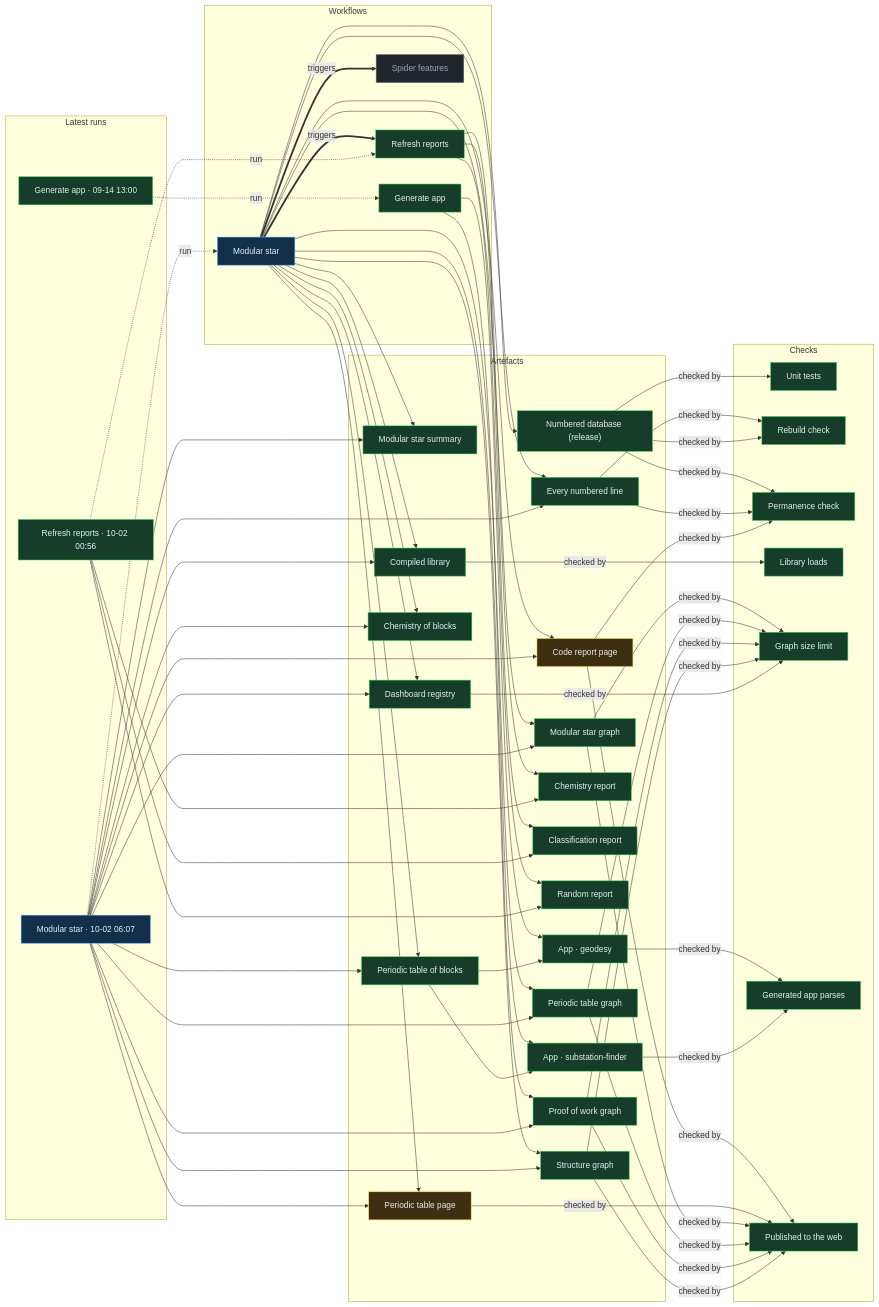
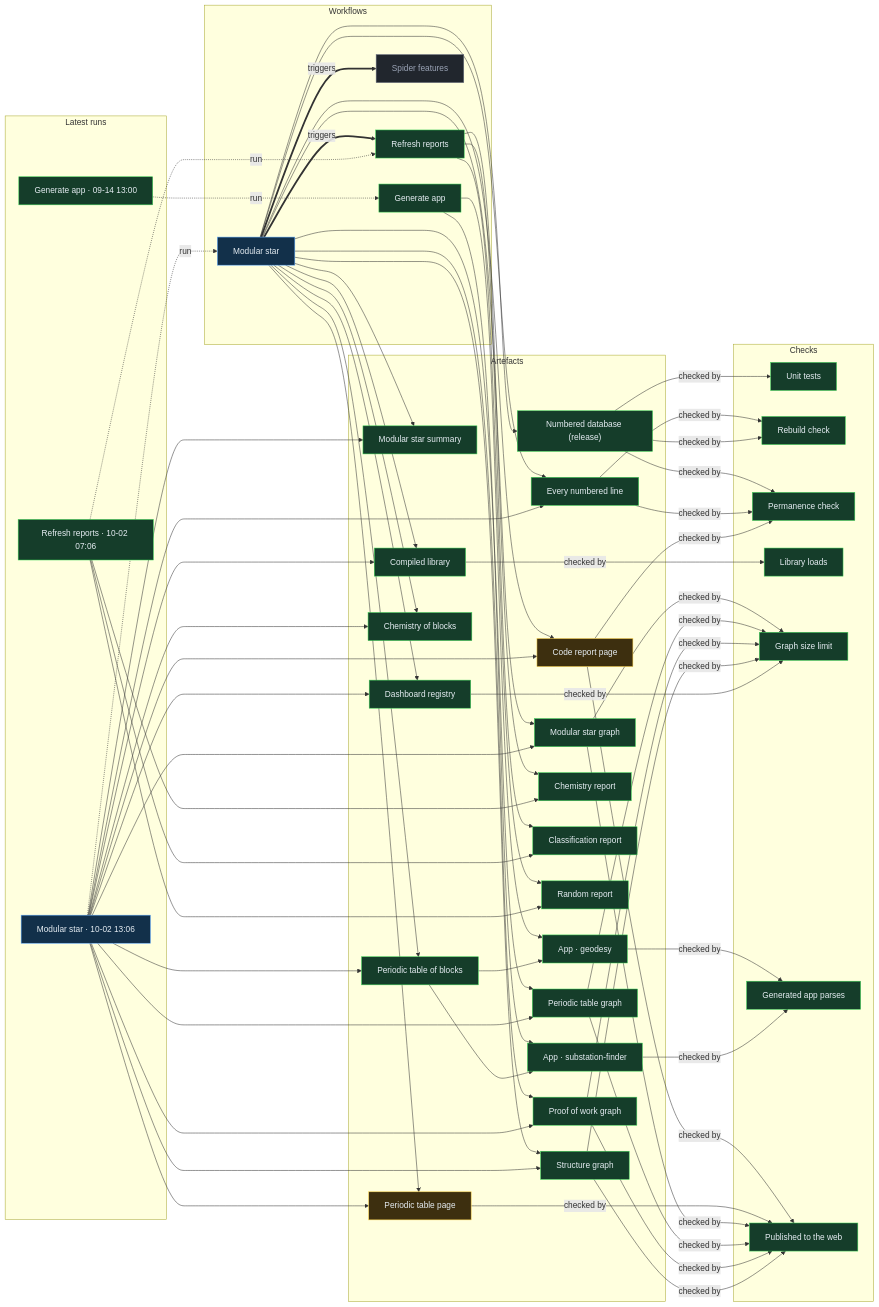
Before and after one commit to Ventusltd/stars: the diagram in proof/PROOF.md, drawn with Mermaid. The commit also changed other lines of this file and 39 other files, not shown here.

Commit message:
Modular star 2026-10-02T13:09Z

```diff
--- a/proof/PROOF.md
+++ b/proof/PROOF.md
@@ -24,8 +24,8 @@
   n_wf_spider_features["Spider features"]:::off
   end
   subgraph g_runs["Latest runs"]
-  n_run_36972076698["Modular star · 10-02 06:07"]:::live
-  n_run_36948491142["Refresh reports · 10-02 00:56"]:::ok
+  n_run_37010863127["Modular star · 10-02 13:06"]:::live
+  n_run_36976829670["Refresh reports · 10-02 07:06"]:::ok
   n_run_34846587798["Generate app · 09-14 13:00"]:::ok
   end
   subgraph g_artefacts["Artefacts"]
@@ -59,39 +59,39 @@
   end
   n_wf_modular_star == triggers ==> n_wf_refresh
   n_wf_modular_star == triggers ==> n_wf_spider_features
-  n_run_36972076698 -. run .-> n_wf_modular_star
-  n_run_36948491142 -. run .-> n_wf_refresh
+  n_run_37010863127 -. run .-> n_wf_modular_star
+  n_run_36976829670 -. run .-> n_wf_refresh
   n_run_34846587798 -. run .-> n_wf_generate
   n_wf_modular_star --> n_art_summary
-  n_run_36972076698 --> n_art_summary
+  n_run_37010863127 --> n_art_summary
   n_wf_modular_star --> n_art_lines
-  n_run_36972076698 --> n_art_lines
+  n_run_37010863127 --> n_art_lines
   n_wf_modular_star --> n_art_code
-  n_run_36972076698 --> n_art_code
+  n_run_37010863127 --> n_art_code
   n_wf_modular_star --> n_art_modular_graph
-  n_run_36972076698 --> n_art_modular_graph
+  n_run_37010863127 --> n_art_modular_graph
   n_wf_modular_star --> n_art_blocks
-  n_run_36972076698 --> n_art_blocks
+  n_run_37010863127 --> n_art_blocks
   n_wf_modular_star --> n_art_table
-  n_run_36972076698 --> n_art_table
+  n_run_37010863127 --> n_art_table
   n_wf_modular_star --> n_art_blocks_graph
-  n_run_36972076698 --> n_art_blocks_graph
+  n_run_37010863127 --> n_art_blocks_graph
   n_wf_modular_star --> n_art_reactions
-  n_run_36972076698 --> n_art_reactions
+  n_run_37010863127 --> n_art_reactions
   n_wf_modular_star --> n_art_library
-  n_run_36972076698 --> n_art_library
+  n_run_37010863127 --> n_art_library
   n_wf_modular_star --> n_art_features
-  n_run_36972076698 --> n_art_features
+  n_run_37010863127 --> n_art_features
   n_wf_modular_star --> n_art_proof
-  n_run_36972076698 --> n_art_proof
+  n_run_37010863127 --> n_art_proof
   n_wf_modular_star --> n_art_structure
-  n_run_36972076698 --> n_art_structure
+  n_run_37010863127 --> n_art_structure
   n_wf_refresh --> n_art_chemistry
-  n_run_36948491142 --> n_art_chemistry
+  n_run_36976829670 --> n_art_chemistry
   n_wf_refresh --> n_art_vedic
-  n_run_36948491142 --> n_art_vedic
+  n_run_36976829670 --> n_art_vedic
   n_wf_refresh --> n_art_random
-  n_run_36948491142 --> n_art_random
+  n_run_36976829670 --> n_art_random
   n_wf_modular_star --> n_art_release
   n_wf_generate --> n_app_geodesy
   n_art_blocks --> n_app_geodesy
```
